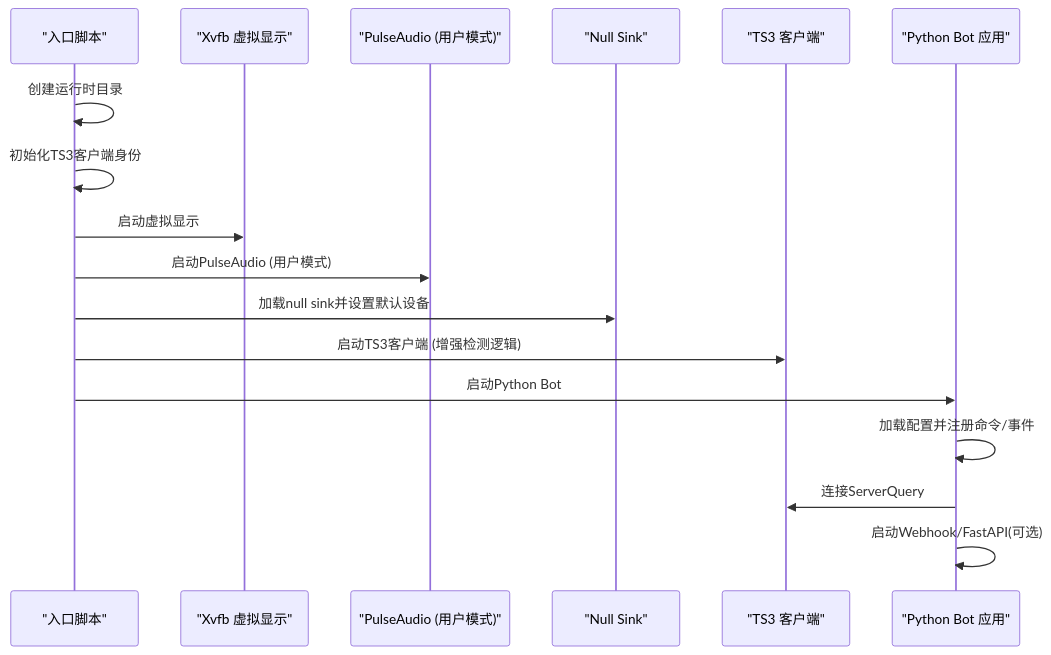
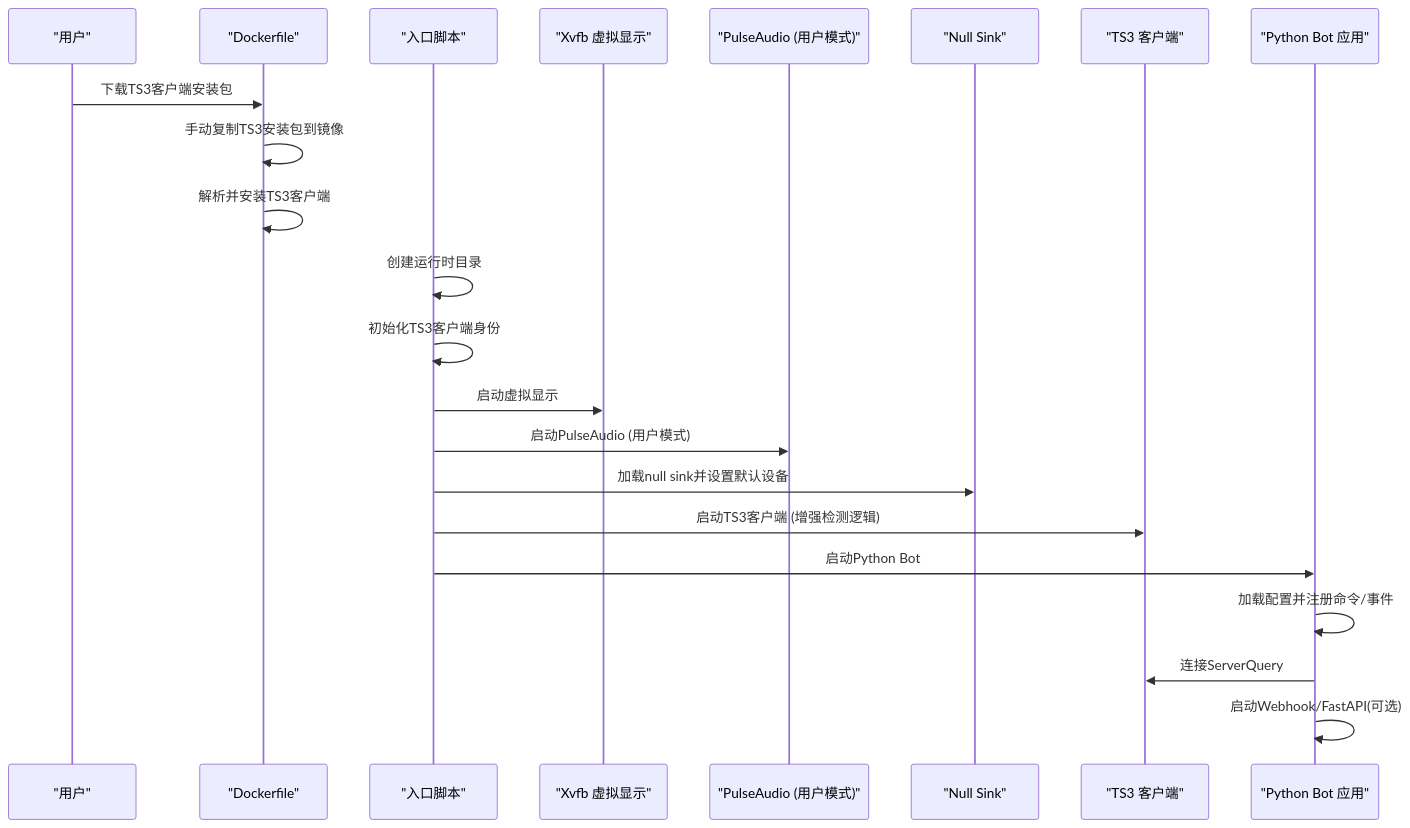
One commit to GhoulOwl/Teamspeak3_Bot changed the second of 3 diagrams in .qoder/repowiki/zh/content/部署和运维/Docker容器化部署.md. Above: the diagram before and after it, drawn with Mermaid. The commit also changed other lines of this file and 6 other files, not shown here.

````diff
--- a/.qoder/repowiki/zh/content/部署和运维/Docker容器化部署.md
+++ b/.qoder/repowiki/zh/content/部署和运维/Docker容器化部署.md
@@ -108,19 +113,24 @@
 ```mermaid
 sequenceDiagram
+participant User as "用户"
+participant Dockerfile as "Dockerfile"
 participant Entrypoint as "入口脚本"
 participant Xvfb as "Xvfb 虚拟显示"
 participant Pulse as "PulseAudio (用户模式)"
 participant NullSink as "Null Sink"
 participant TS3 as "TS3 客户端"
 participant Bot as "Python Bot 应用"
+User->>Dockerfile : 下载TS3客户端安装包
+Dockerfile->>Dockerfile : 手动复制TS3安装包到镜像
+Dockerfile->>Dockerfile : 解析并安装TS3客户端
 Entrypoint->>Entrypoint : 创建运行时目录
 Entrypoint->>Entrypoint : 初始化TS3客户端身份
 Entrypoint->>Xvfb : 启动虚拟显示
 Entrypoint->>Pulse : 启动PulseAudio (用户模式)
 Entrypoint->>NullSink : 加载null sink并设置默认设备
 Entrypoint->>TS3 : 启动TS3客户端 (增强检测逻辑)
 Entrypoint->>Bot : 启动Python Bot
 Bot->>Bot : 加载配置并注册命令/事件
 Bot->>TS3 : 连接ServerQuery
 Bot->>Bot : 启动Webhook/FastAPI(可选)
 ```
````
